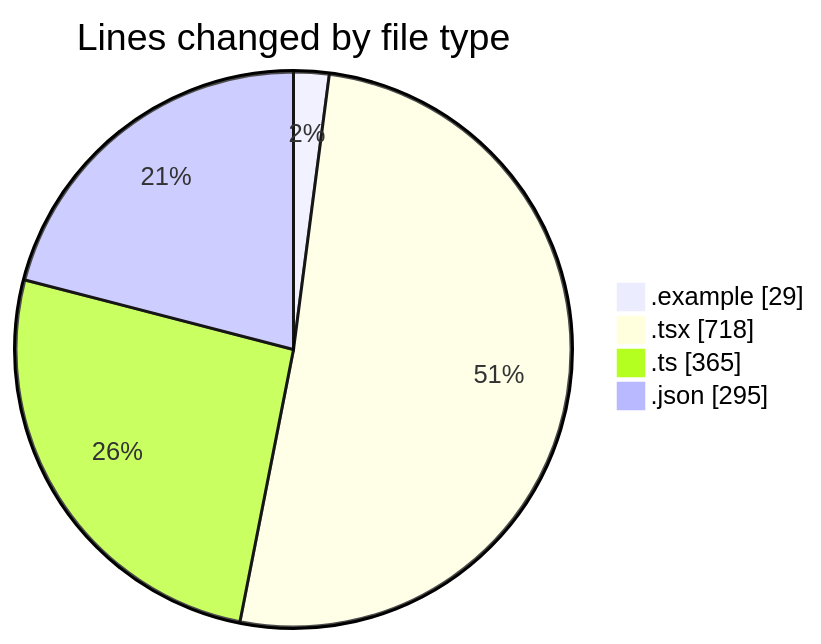
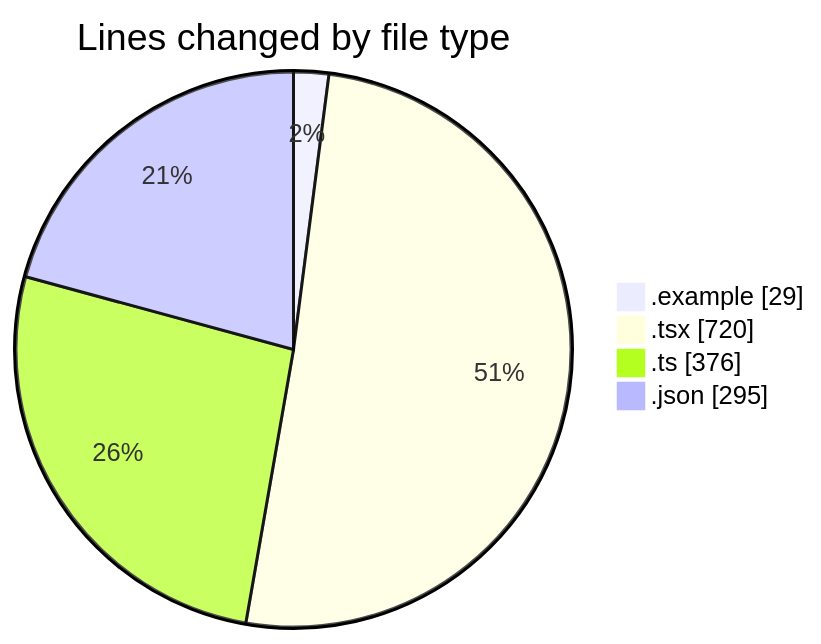
The first of 2 diagrams in 2025-11-16/eventscop-frontend-guide__workspace_/README.md (julien-gomy/code-tracking), drawn with Mermaid before and after one commit. The commit also changed other lines of this file and 1 other file, not shown here.

````diff
--- a/2025-11-16/eventscop-frontend-guide__workspace_/README.md
+++ b/2025-11-16/eventscop-frontend-guide__workspace_/README.md
@@ -30,8 +30,8 @@
 ```mermaid
 pie showData
 title Lines changed by file type
 ".example" : 29
-".tsx" : 718
-".ts" : 365
+".tsx" : 720
+".ts" : 376
 ".json" : 295
 ```
````
